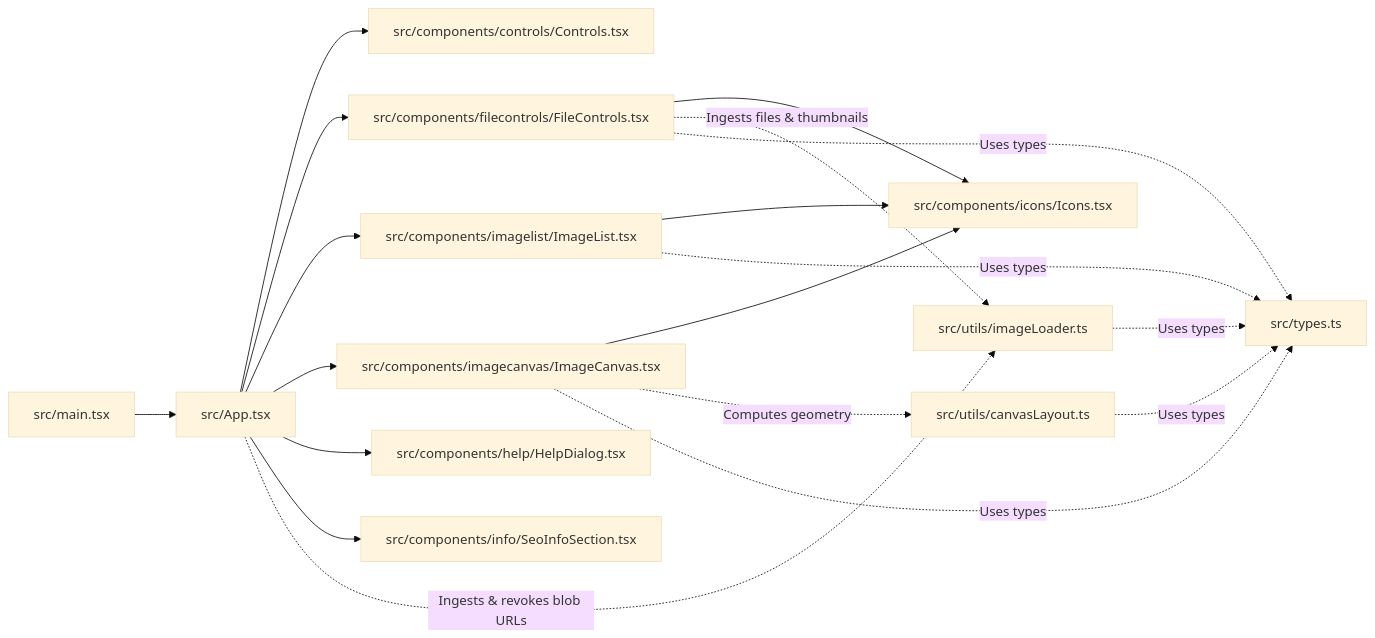
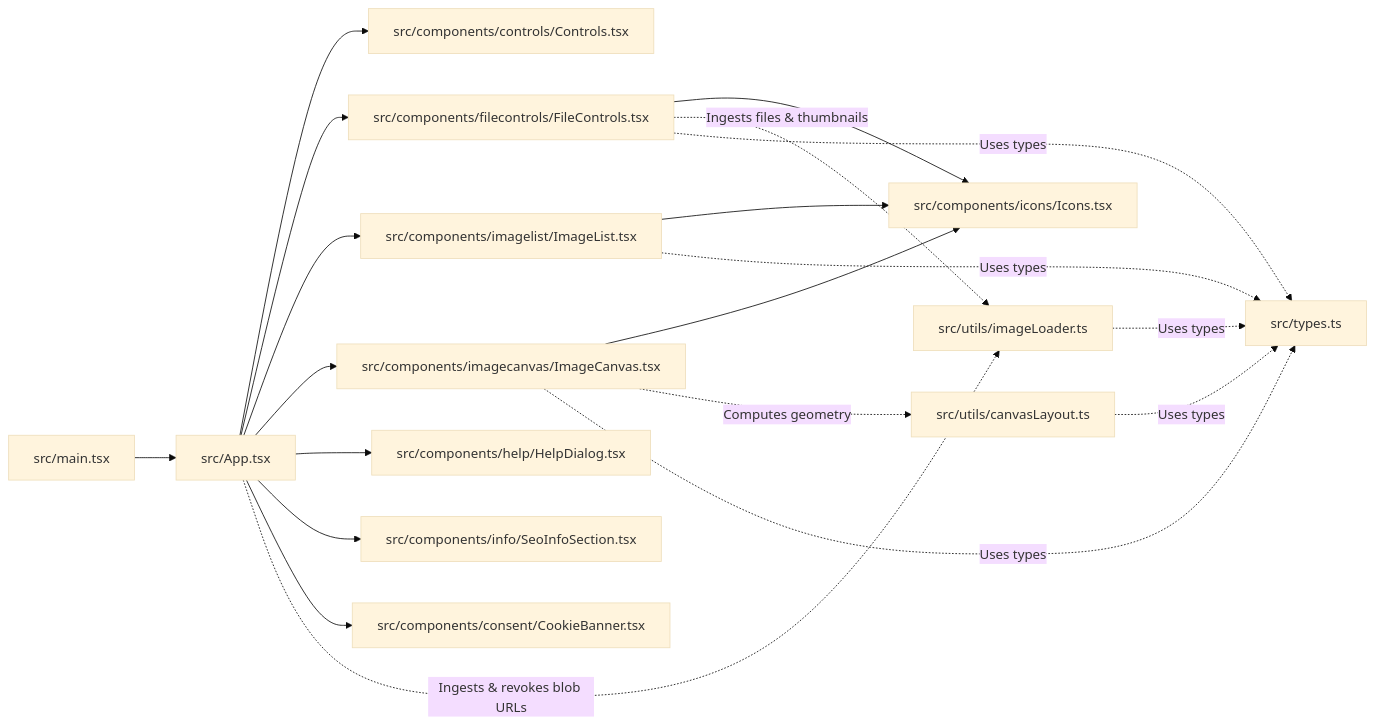
The third of 4 diagrams in ARCHITECTURE.md (samliburd/imagejoin-react), drawn with Mermaid (base theme) before and after one commit. The commit also changed other lines of this file and 7 other files, not shown here.

Commit message:
feat: add cookie consent banner and Google Consent Mode v2 initialization

````diff
--- a/ARCHITECTURE.md
+++ b/ARCHITECTURE.md
@@ -234,21 +238,22 @@
 ```mermaid
 flowchart LR
     main["src/main.tsx"] --> App["src/App.tsx"]
     App --> Controls["src/components/controls/Controls.tsx"]
     App --> FileControls["src/components/filecontrols/FileControls.tsx"]
     App --> ImageList["src/components/imagelist/ImageList.tsx"]
     App --> ImageCanvas["src/components/imagecanvas/ImageCanvas.tsx"]
     App --> HelpDialog["src/components/help/HelpDialog.tsx"]
     App --> SeoInfoSection["src/components/info/SeoInfoSection.tsx"]
+    App --> CookieBanner["src/components/consent/CookieBanner.tsx"]
     FileControls --> Icons["src/components/icons/Icons.tsx"]
     ImageList --> Icons
     ImageCanvas --> Icons
     App -.->|"Ingests & revokes blob URLs"| ImageLoader["src/utils/imageLoader.ts"]
     FileControls -.->|"Ingests files & thumbnails"| ImageLoader
     ImageCanvas -.->|"Computes geometry"| CanvasLayout["src/utils/canvasLayout.ts"]
     FileControls -.->|"Uses types"| Types["src/types.ts"]
     ImageCanvas -.->|"Uses types"| Types
     ImageList -.->|"Uses types"| Types
     CanvasLayout -.->|"Uses types"| Types
     ImageLoader -.->|"Uses types"| Types
 ```
````
